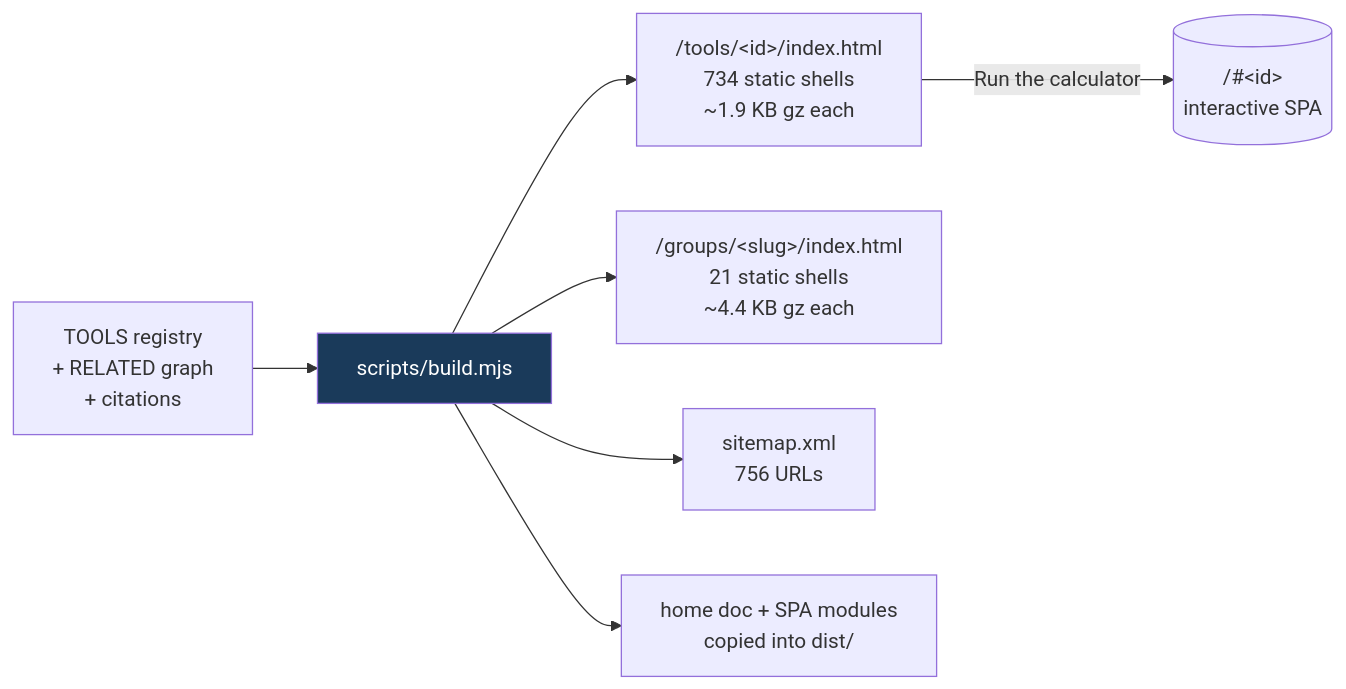
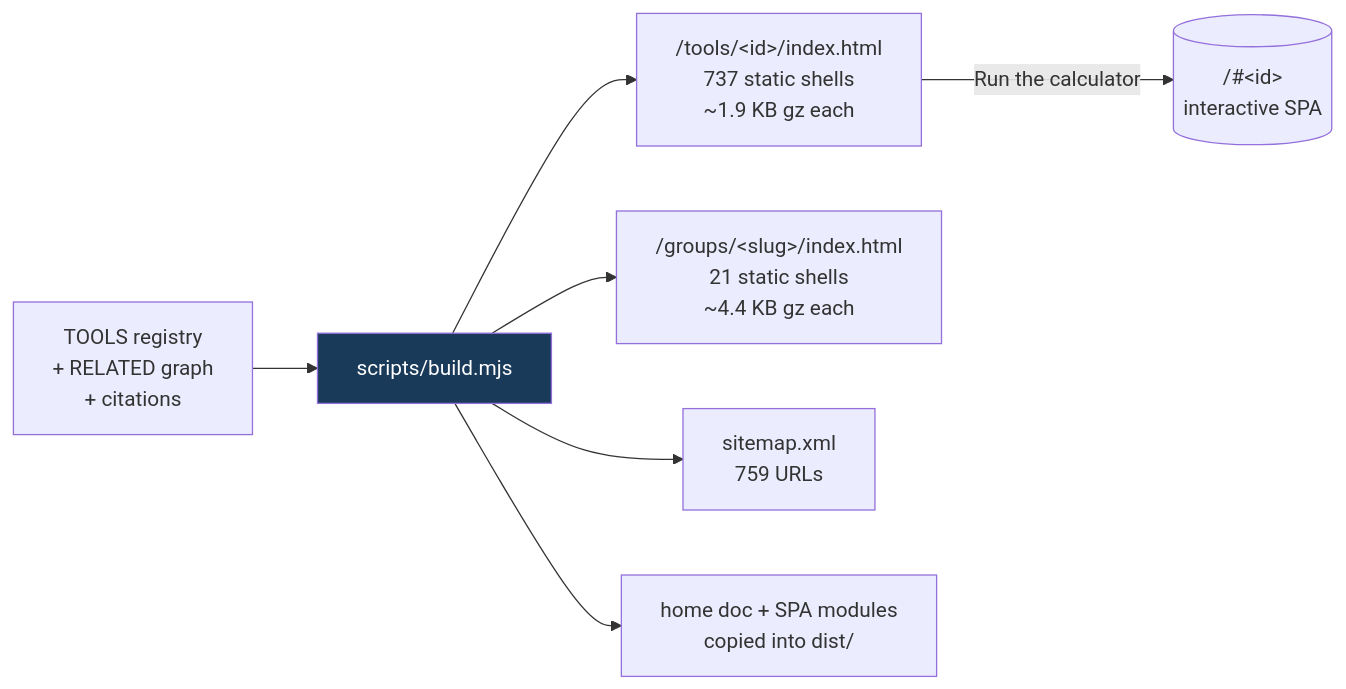
The fifth of 8 diagrams in README.md (clay-good/roughlogic.com), drawn with Mermaid before and after one commit. The commit also changed other lines of this file and 22 other files, not shown here.

````diff
--- a/README.md
+++ b/README.md
@@ -495,10 +495,10 @@
 ```mermaid
 flowchart LR
     SRC[TOOLS registry\n+ RELATED graph\n+ citations] --> BUILD[scripts/build.mjs]
-    BUILD --> TILE["/tools/&lt;id&gt;/index.html\n734 static shells\n~1.9 KB gz each"]
+    BUILD --> TILE["/tools/&lt;id&gt;/index.html\n737 static shells\n~1.9 KB gz each"]
     BUILD --> GROUP["/groups/&lt;slug&gt;/index.html\n21 static shells\n~4.4 KB gz each"]
-    BUILD --> MAP["sitemap.xml\n756 URLs"]
+    BUILD --> MAP["sitemap.xml\n759 URLs"]
     BUILD --> COPY[home doc + SPA modules\ncopied into dist/]
     TILE -->|Run the calculator| SPA[("/#&lt;id&gt;\ninteractive SPA")]
     style BUILD fill:#1a3a5a,color:#fff
 ```
````
